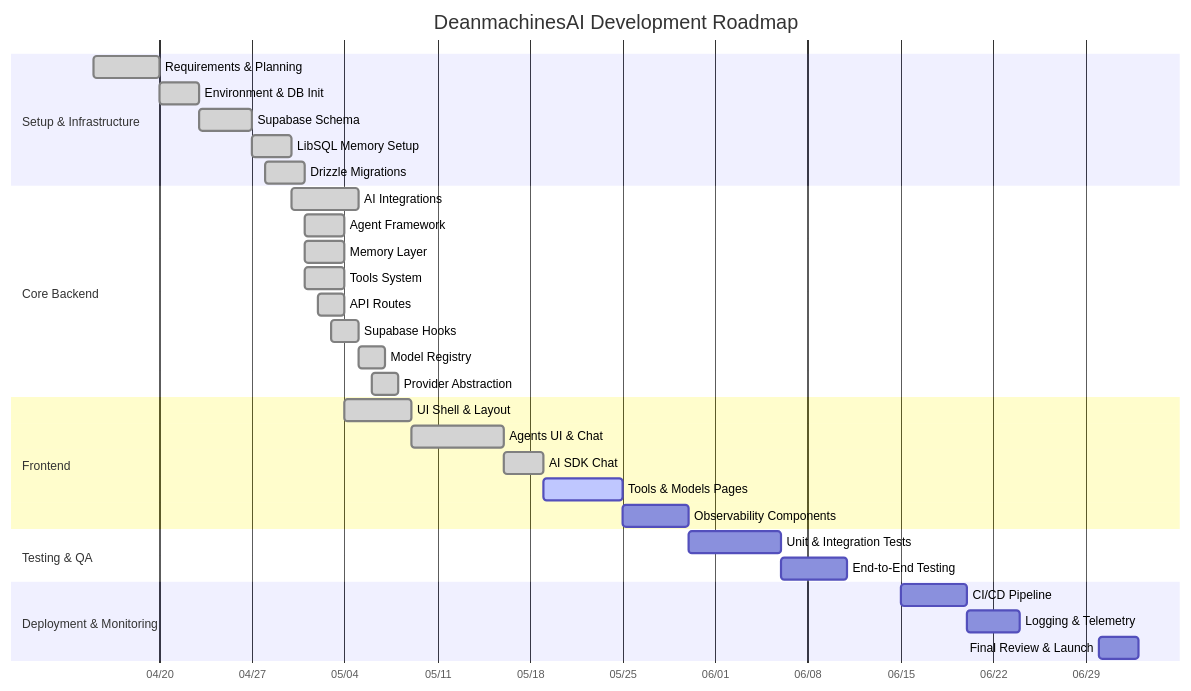
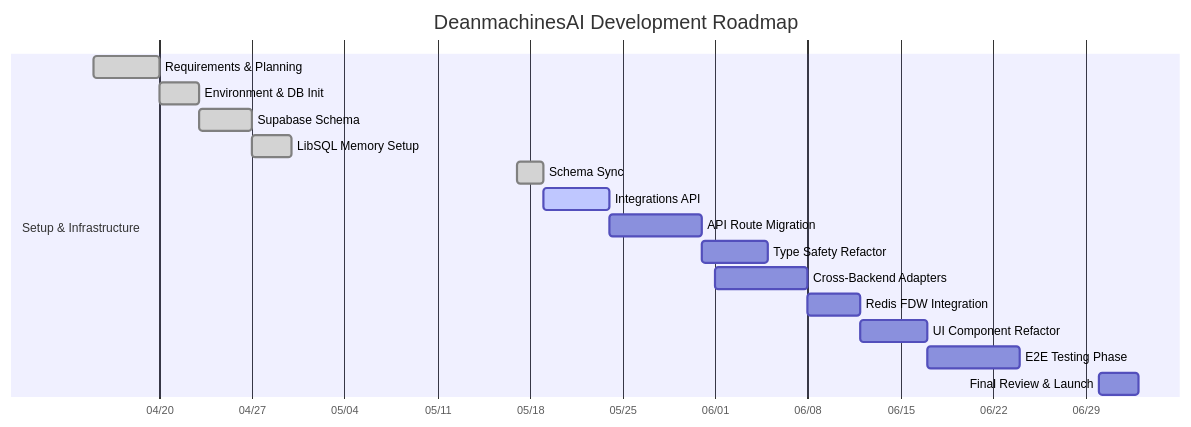
One commit to ssdeanx/ai-sdk-DM changed the diagram in README.md. Above: the diagram before and after it, drawn with Mermaid. The commit also changed other lines of this file and 37 other files, not shown here.

First line of the commit message:
feat(app-builder): Refactor App Builder with LibSQL Support, Enhanced UI, and API Route Updates

````diff
--- a/README.md
+++ b/README.md
@@ -24,39 +29,21 @@
 ```mermaid
 gantt
     title DeanmachinesAI Development Roadmap
     dateFormat  YYYY-MM-DD
     axisFormat  %m/%d
 
     section Setup & Infrastructure
     Requirements & Planning    :done, planning, 2025-04-15, 5d
     Environment & DB Init      :done, env, after planning, 3d
     Supabase Schema            :done, supa_schema, 2025-04-23, 4d
     LibSQL Memory Setup        :done, libsql, 2025-04-27, 3d
-    Drizzle Migrations         :done, drizzle, 2025-04-28, 3d
-
-    section Core Backend
-    AI Integrations            :done, ai, 2025-04-30, 5d
-    Agent Framework            :done, agents, 2025-05-01, 3d
-    Memory Layer               :done, memory, 2025-05-01, 3d
-    Tools System               :done, tools, 2025-05-01, 3d
-    API Routes                 :done, api, 2025-05-02, 2d
-    Supabase Hooks             :done, hooks, 2025-05-03, 2d
-    Model Registry             :done, models, 2025-05-05, 2d
-    Provider Abstraction       :done, providers, 2025-05-06, 2d
-
-    section Frontend
-    UI Shell & Layout          :done, ui_shell, 2025-05-04, 5d
-    Agents UI & Chat           :done, ui_agents, 2025-05-09, 7d
-    AI SDK Chat                :done, ai_sdk_chat, 2025-05-16, 3d
-    Tools & Models Pages       :active, ui_tools, 2025-05-19, 6d
-    Observability Components   :ui_observability, after ui_tools, 5d
-
-    section Testing & QA
-    Unit & Integration Tests   :tests, after ui_observability, 7d
-    End-to-End Testing         :e2e, after tests, 5d
-
-    section Deployment & Monitoring
-    CI/CD Pipeline             :ci, 2025-06-15, 5d
-    Logging & Telemetry        :telemetry, after ci, 4d
+    Schema Sync                :done, schema_sync, 2025-05-17, 2d
+    Integrations API           :active, integrations_api, 2025-05-19, 5d
+    API Route Migration        :api_migrate, after integrations_api, 7d
+    Type Safety Refactor       :type_safety, after api_migrate, 5d
+    Cross-Backend Adapters     :adapters, 2025-06-01, 7d
+    Redis FDW Integration      :redis_fdw, 2025-06-08, 4d
+    UI Component Refactor      :ui_refactor, 2025-06-12, 5d
+    E2E Testing Phase          :testing, 2025-06-17, 7d
     Final Review & Launch      :launch, 2025-06-30, 3d
 ```
````
